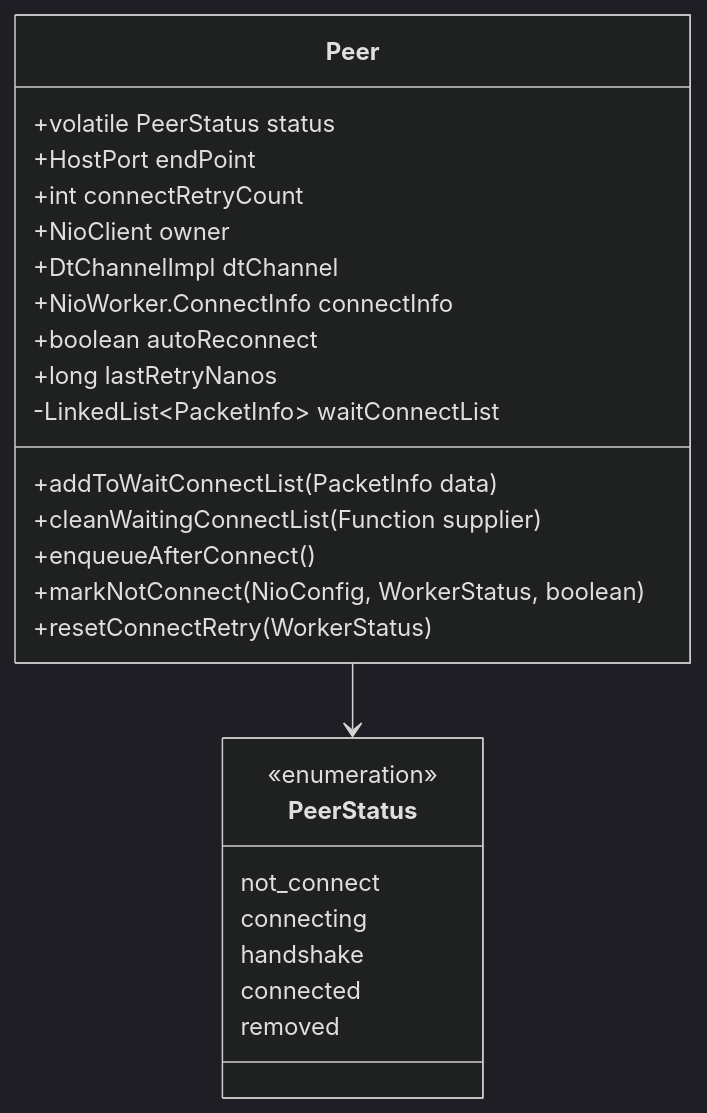
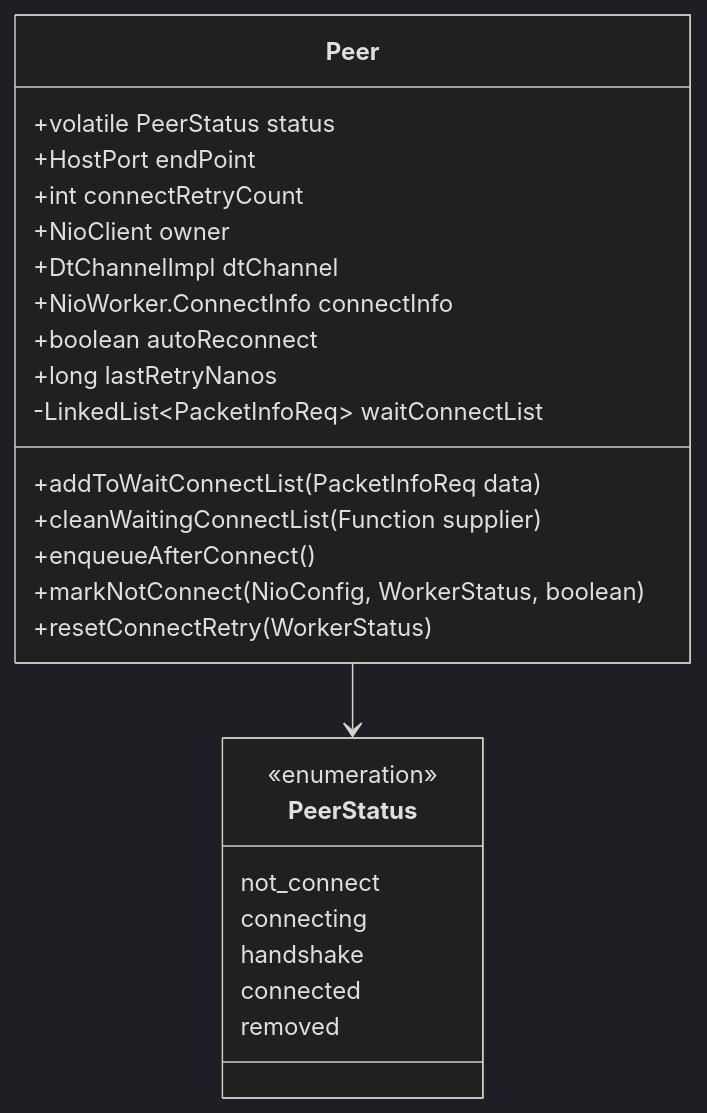
One commit to dtprj/dongting changed the third of 4 diagrams in .qoder/repowiki/zh/content/网络通信/客户端实现.md. Above: the diagram before and after it, drawn with Mermaid (dark theme). The commit also changed other lines of this file and 3 other files, not shown here.

````diff
--- a/.qoder/repowiki/zh/content/网络通信/客户端实现.md
+++ b/.qoder/repowiki/zh/content/网络通信/客户端实现.md
@@ -138,28 +161,28 @@
 ```mermaid
 classDiagram
 class Peer {
 +volatile PeerStatus status
 +HostPort endPoint
 +int connectRetryCount
 +NioClient owner
 +DtChannelImpl dtChannel
 +NioWorker.ConnectInfo connectInfo
 +boolean autoReconnect
 +long lastRetryNanos
--LinkedList~PacketInfo~ waitConnectList
-+addToWaitConnectList(PacketInfo data)
+-LinkedList~PacketInfoReq~ waitConnectList
++addToWaitConnectList(PacketInfoReq data)
 +cleanWaitingConnectList(Function supplier)
 +enqueueAfterConnect()
 +markNotConnect(NioConfig, WorkerStatus, boolean)
 +resetConnectRetry(WorkerStatus)
 }
 class PeerStatus {
 <<enumeration>>
 not_connect
 connecting
 handshake
 connected
 removed
 }
 Peer --> PeerStatus
 ```
````
